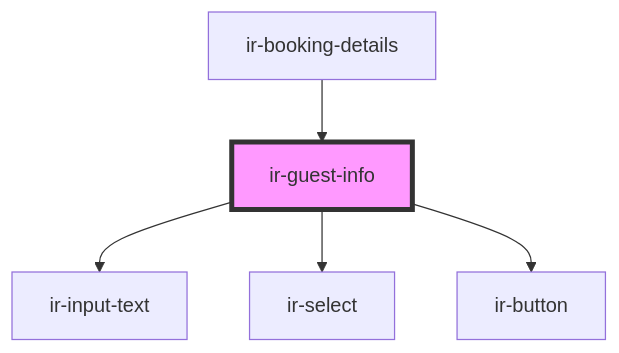
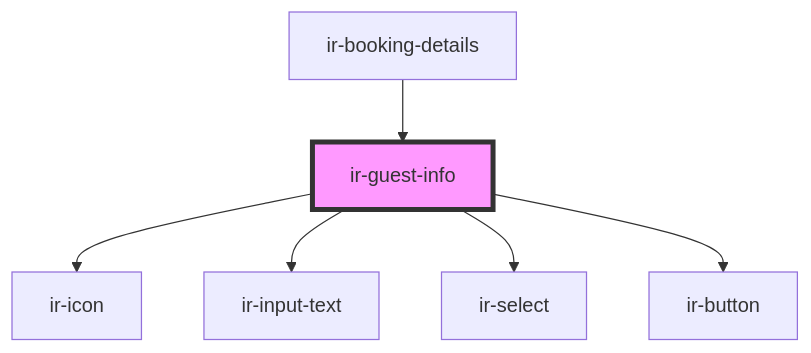
One commit to David1Chowaifaty/modified-ir-webcmp changed the diagram in src/components/ir-guest-info/readme.md. Above: the diagram before and after it, drawn with Mermaid. The commit also changed other lines of this file and 28 other files, not shown here.

````diff
--- a/src/components/ir-guest-info/readme.md
+++ b/src/components/ir-guest-info/readme.md
@@ -40,8 +41,9 @@
 ```mermaid
 graph TD;
+  ir-guest-info --> ir-icon
   ir-guest-info --> ir-input-text
   ir-guest-info --> ir-select
   ir-guest-info --> ir-button
   ir-booking-details --> ir-guest-info
   style ir-guest-info fill:#f9f,stroke:#333,stroke-width:4px
 ```
````
